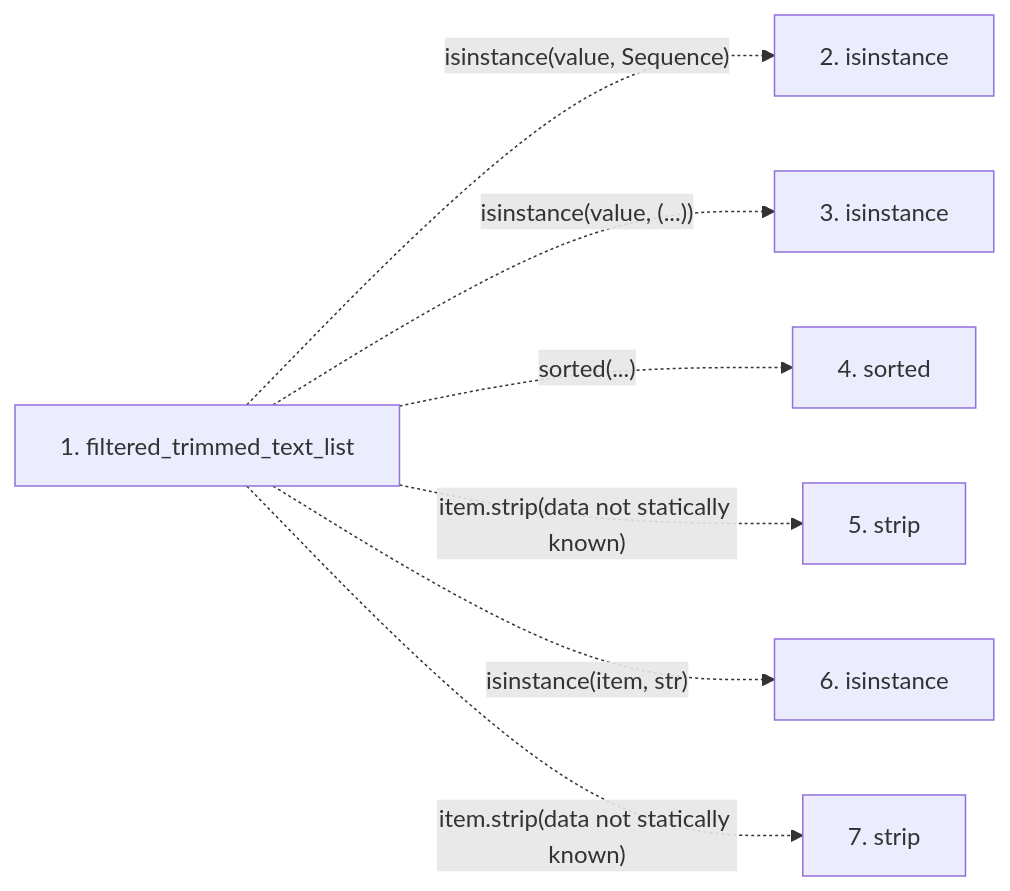
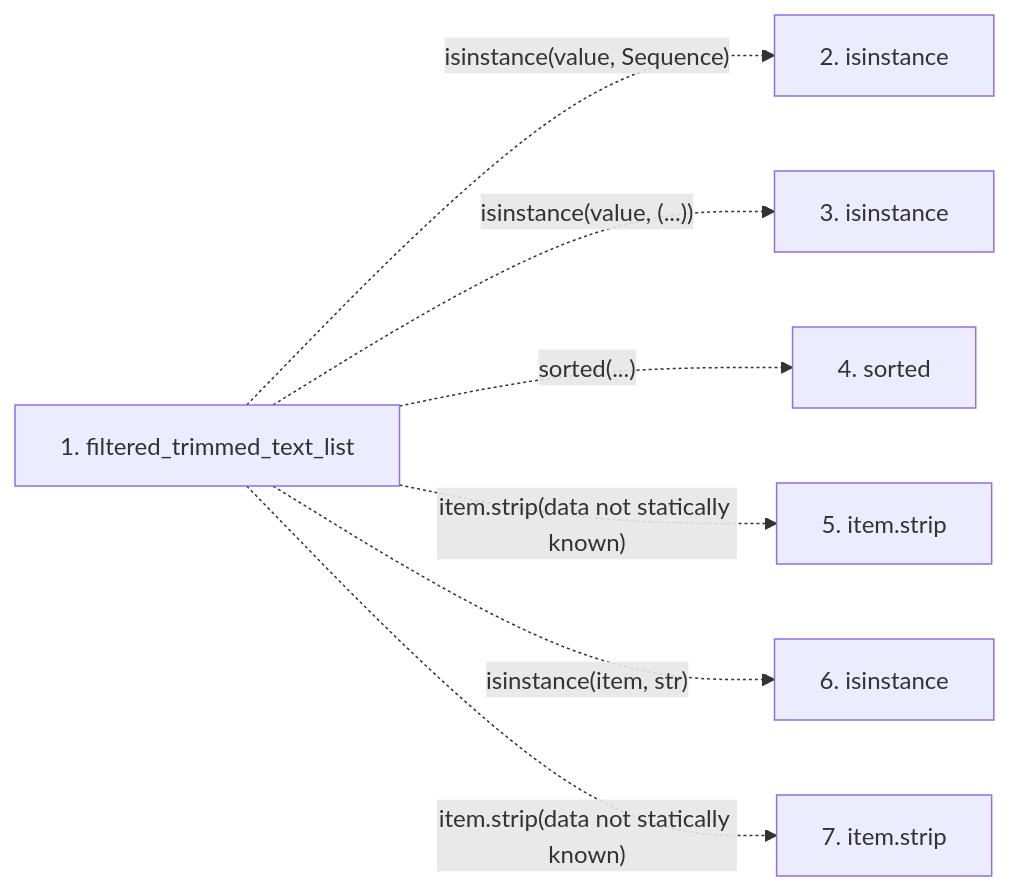
One commit to Denissvgn/python-wiki-llm changed the second of 2 diagrams in docs/llm_wiki/flows/api-filtered_trimmed_text_list.md. Above: the diagram before and after it, drawn with Mermaid. The commit also changed other lines of this file and 719 other files, not shown here.

````diff
--- a/docs/llm_wiki/flows/api-filtered_trimmed_text_list.md
+++ b/docs/llm_wiki/flows/api-filtered_trimmed_text_list.md
@@ -27,17 +27,17 @@
 ```mermaid
 flowchart LR
     s1["1. filtered_trimmed_text_list"]
     s2["2. isinstance"]
     s3["3. isinstance"]
     s4["4. sorted"]
-    s5["5. strip"]
+    s5["5. item.strip"]
     s6["6. isinstance"]
-    s7["7. strip"]
+    s7["7. item.strip"]
     s1 -. "isinstance(value, Sequence)" .-> s2
     s1 -. "isinstance(value, (...))" .-> s3
     s1 -. "sorted(...)" .-> s4
     s1 -. "item.strip(data not statically known)" .-> s5
     s1 -. "isinstance(item, str)" .-> s6
     s1 -. "item.strip(data not statically known)" .-> s7
     click s1 "../modules/validation.md"
 ```
````
